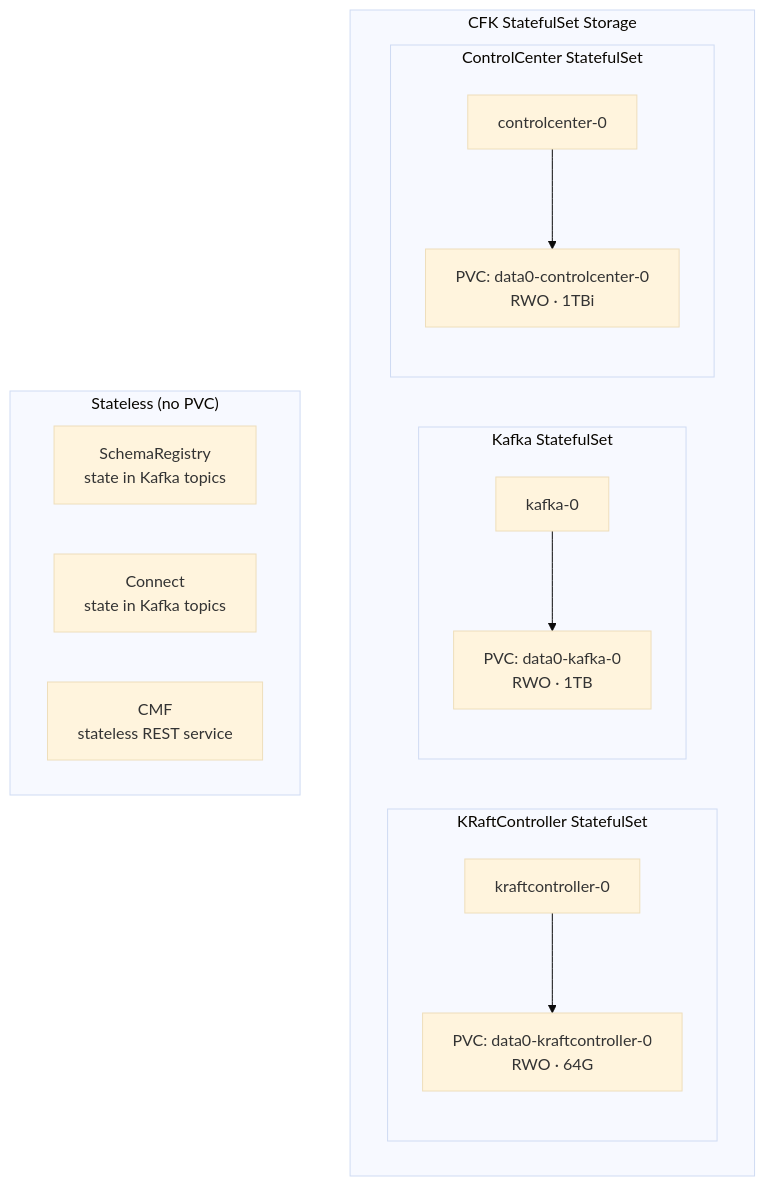
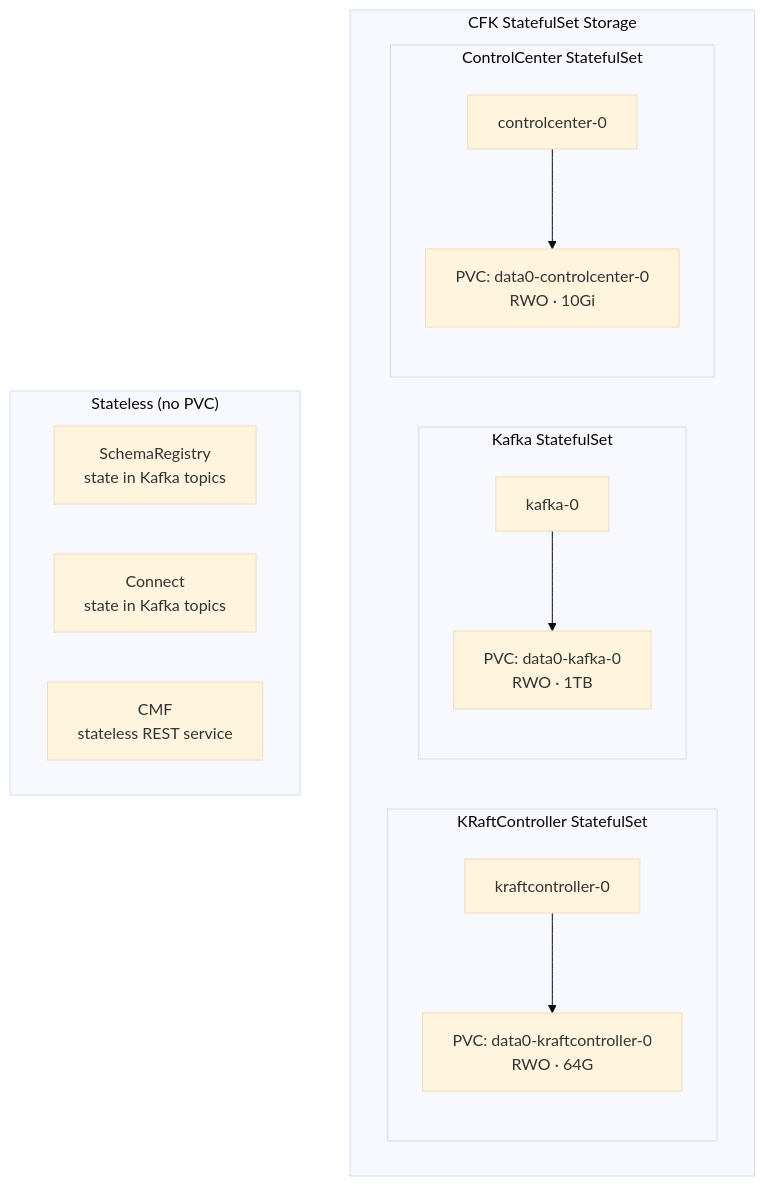
One commit to aadmassu/flink-on-k8s-with-cp changed the third of 4 diagrams in docs/STORAGE.md. Above: the diagram before and after it, drawn with Mermaid (base theme).

Commit message:
Fix ControlCenter PVC size in storage diagram (1TBi -> 10Gi)

````diff
--- a/docs/STORAGE.md
+++ b/docs/STORAGE.md
@@ -83,28 +83,28 @@
 ```mermaid
 flowchart TD
     subgraph cfk["CFK StatefulSet Storage"]
         subgraph kraft["KRaftController StatefulSet"]
             kraft0["kraftcontroller-0"]
             kraft_pvc0["PVC: data0-kraftcontroller-0<br>RWO · 64G"]
             kraft0 --> kraft_pvc0
         end
 
         subgraph kafka["Kafka StatefulSet"]
             kafka0["kafka-0"]
             kafka_pvc0["PVC: data0-kafka-0<br>RWO · 1TB"]
             kafka0 --> kafka_pvc0
         end
 
         subgraph c3["ControlCenter StatefulSet"]
             c30["controlcenter-0"]
-            c3_pvc0["PVC: data0-controlcenter-0<br>RWO · 1TBi"]
+            c3_pvc0["PVC: data0-controlcenter-0<br>RWO · 10Gi"]
             c30 --> c3_pvc0
         end
     end
 
     subgraph stateless["Stateless (no PVC)"]
         sr["SchemaRegistry<br>state in Kafka topics"]
         connect["Connect<br>state in Kafka topics"]
         cmf["CMF<br>stateless REST service"]
     end
 ```
````
